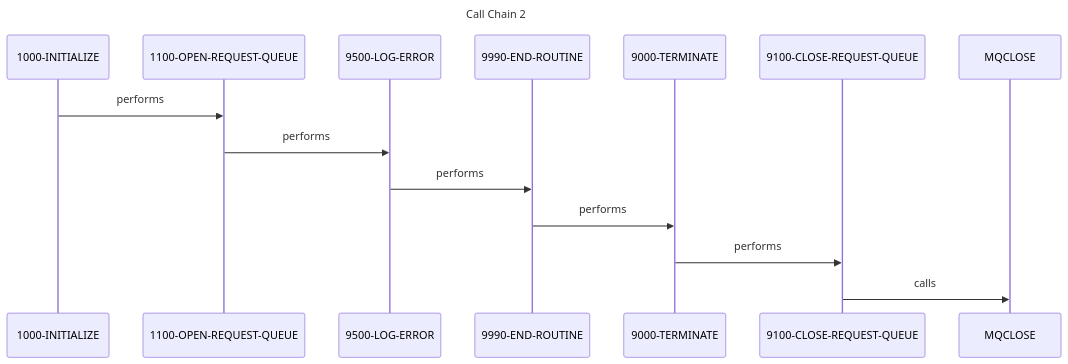
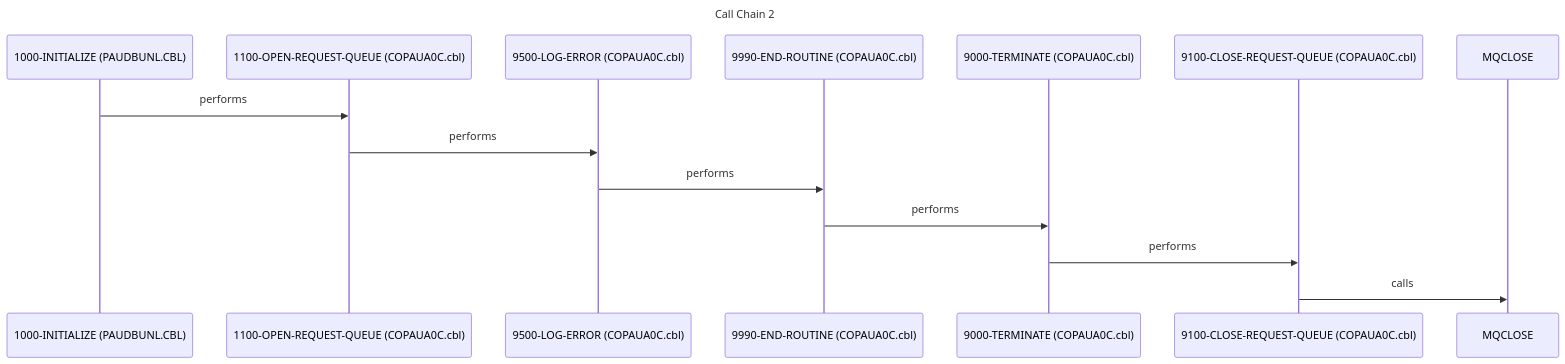
The third of 6 diagrams in example_output/SYSTEM_DESIGN.md (andrasfe/war_rig), drawn with Mermaid before and after one commit. The commit also changed other lines of this file and 113 other files, not shown here.

````diff
--- a/example_output/SYSTEM_DESIGN.md
+++ b/example_output/SYSTEM_DESIGN.md
@@ -346,17 +355,17 @@
 ```mermaid
 sequenceDiagram
     title Call Chain 2
-    participant 1000_INITIALIZE as 1000-INITIALIZE
-    participant 1100_OPEN_REQUEST_QUEUE as 1100-OPEN-REQUEST-QUEUE
-    participant 9500_LOG_ERROR as 9500-LOG-ERROR
-    participant 9990_END_ROUTINE as 9990-END-ROUTINE
-    participant 9000_TERMINATE as 9000-TERMINATE
-    participant 9100_CLOSE_REQUEST_QUEUE as 9100-CLOSE-REQUEST-QUEUE
+    participant 1000_INITIALIZE as 1000-INITIALIZE (PAUDBUNL.CBL)
+    participant 1100_OPEN_REQUEST_QUEUE as 1100-OPEN-REQUEST-QUEUE (COPAUA0C.cbl)
+    participant 9500_LOG_ERROR as 9500-LOG-ERROR (COPAUA0C.cbl)
+    participant 9990_END_ROUTINE as 9990-END-ROUTINE (COPAUA0C.cbl)
+    participant 9000_TERMINATE as 9000-TERMINATE (COPAUA0C.cbl)
+    participant 9100_CLOSE_REQUEST_QUEUE as 9100-CLOSE-REQUEST-QUEUE (COPAUA0C.cbl)
     participant MQCLOSE as MQCLOSE
     1000_INITIALIZE->>1100_OPEN_REQUEST_QUEUE: performs
     1100_OPEN_REQUEST_QUEUE->>9500_LOG_ERROR: performs
     9500_LOG_ERROR->>9990_END_ROUTINE: performs
     9990_END_ROUTINE->>9000_TERMINATE: performs
     9000_TERMINATE->>9100_CLOSE_REQUEST_QUEUE: performs
     9100_CLOSE_REQUEST_QUEUE->>MQCLOSE: calls
 ```
````
